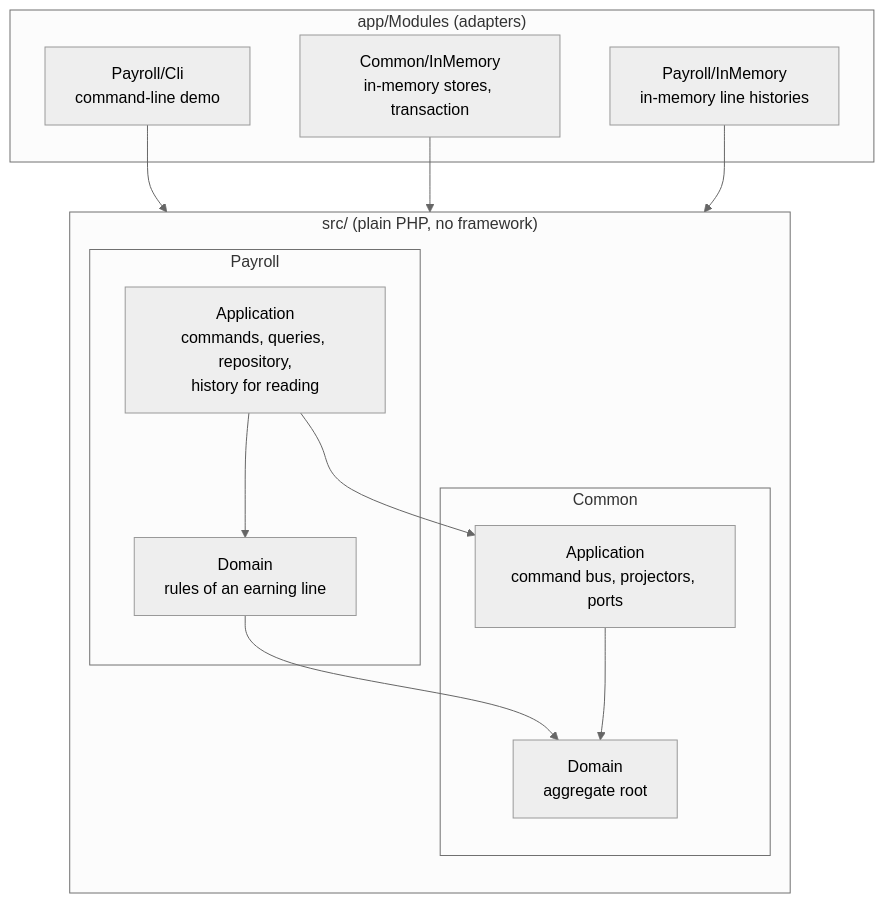
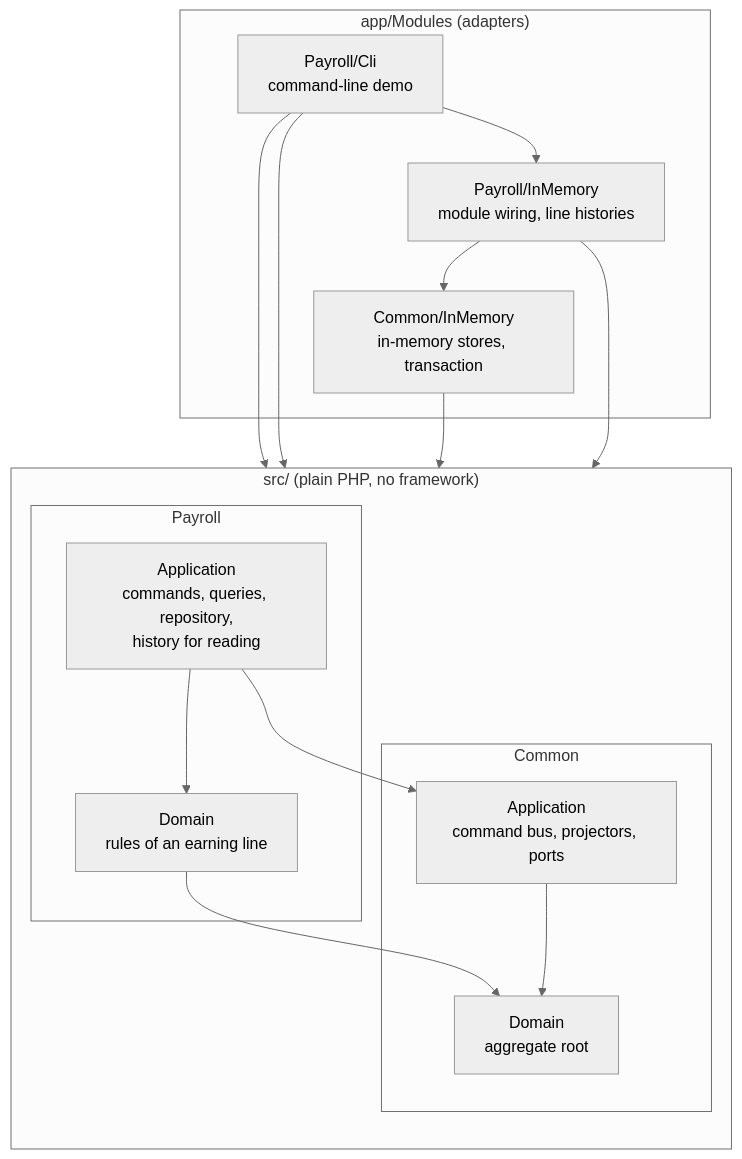
The diagram in docs/architecture.md (ddmytruk/line), drawn with Mermaid (neutral theme) before and after one commit. The commit also changed 13 other files, not shown here.

First line of the commit message:
feat(payroll): command-line demo through the bus and release 1.1.0

````diff
--- a/docs/architecture.md
+++ b/docs/architecture.md
@@ -7,26 +7,29 @@
 ```mermaid
 flowchart TB
     subgraph src["src/ (plain PHP, no framework)"]
         direction TB
         subgraph payroll["Payroll"]
             pa["Application<br/>commands, queries, repository,<br/>history for reading"]
             pd["Domain<br/>rules of an earning line"]
         end
         subgraph common["Common"]
             ca["Application<br/>command bus, projectors, ports"]
             cd["Domain<br/>aggregate root"]
         end
     end
     subgraph app["app/Modules (adapters)"]
         cli["Payroll/Cli<br/>command-line demo"]
+        pmod["Payroll/InMemory<br/>module wiring, line histories"]
         mem["Common/InMemory<br/>in-memory stores, transaction"]
-        pmem["Payroll/InMemory<br/>in-memory line histories"]
     end
+    cli --> pmod
+    cli --> pa
     cli --> pd
     mem --> ca
-    pmem --> pa
+    pmod --> pa
+    pmod --> mem
     pa --> pd
     pa --> ca
     pd --> cd
     ca --> cd
 ```
````
